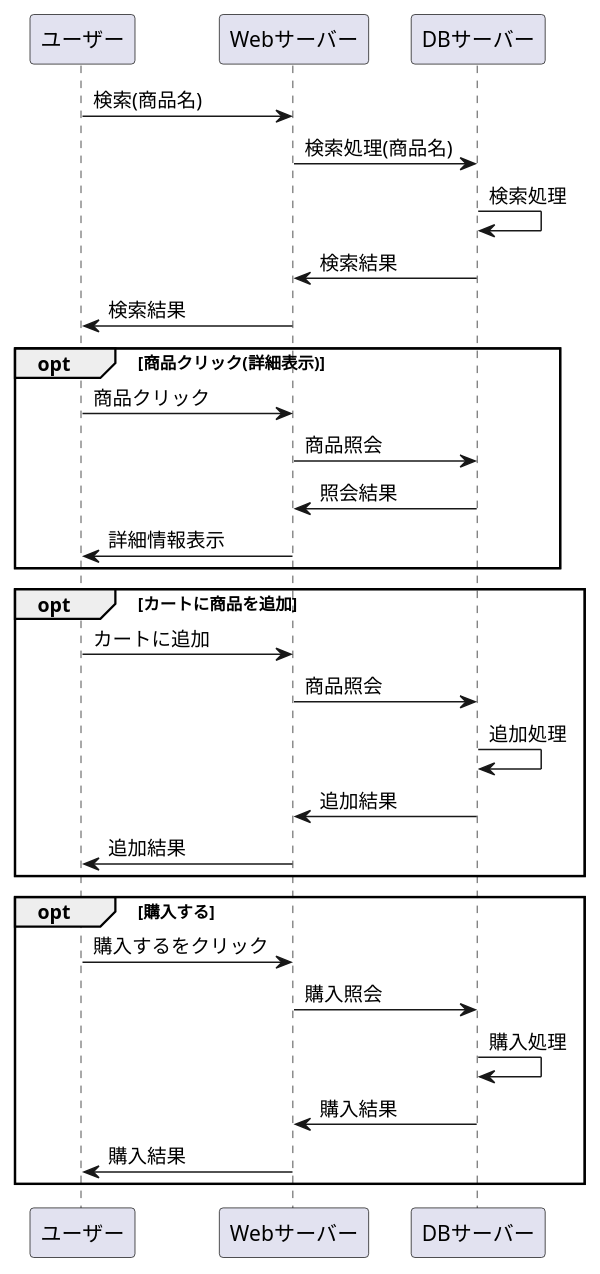
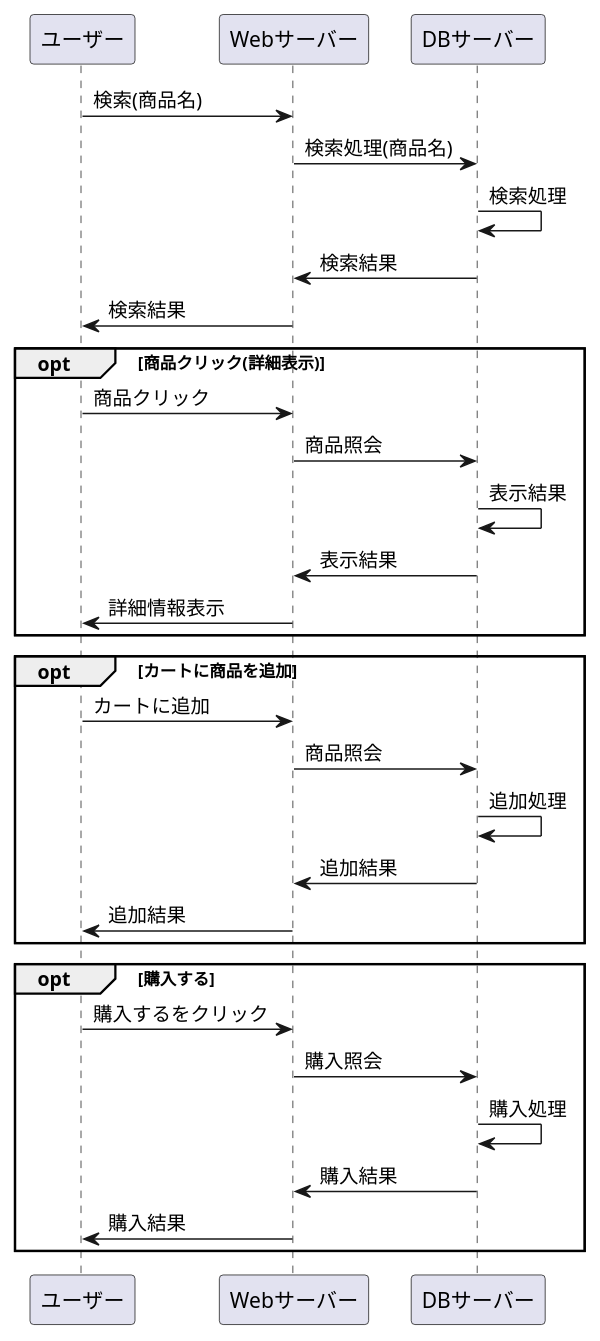
One commit to Aso2001174/2021sys-design changed the diagram in Rainbows/業務フロー(商品購入).md. Above: the diagram before and after it, drawn with PlantUML.

````diff
--- a/Rainbows/業務フロー(商品購入).md
+++ b/Rainbows/業務フロー(商品購入).md
@@ -1,33 +1,34 @@
 ```uml
 @startuml
 ユーザー -> Webサーバー : 検索(商品名)
 Webサーバー -> DBサーバー : 検索処理(商品名)
 DBサーバー -> DBサーバー : 検索処理
 DBサーバー -> Webサーバー : 検索結果
 Webサーバー -> ユーザー : 検索結果
 
 opt 商品クリック(詳細表示)
 ユーザー -> Webサーバー : 商品クリック
 Webサーバー -> DBサーバー : 商品照会
-DBサーバー -> Webサーバー : 照会結果
+DBサーバー -> DBサーバー : 表示結果
+DBサーバー -> Webサーバー : 表示結果
 Webサーバー -> ユーザー : 詳細情報表示
 end
 
 opt カートに商品を追加
 ユーザー -> Webサーバー : カートに追加
 Webサーバー -> DBサーバー : 商品照会
 DBサーバー -> DBサーバー : 追加処理
 DBサーバー -> Webサーバー : 追加結果
 Webサーバー -> ユーザー : 追加結果
 end
 
 opt 購入する
 ユーザー -> Webサーバー : 購入するをクリック
 Webサーバー -> DBサーバー : 購入照会
 DBサーバー -> DBサーバー : 購入処理
 DBサーバー -> Webサーバー : 購入結果
 Webサーバー -> ユーザー : 購入結果
 end
 
 @enduml
 ```
````
